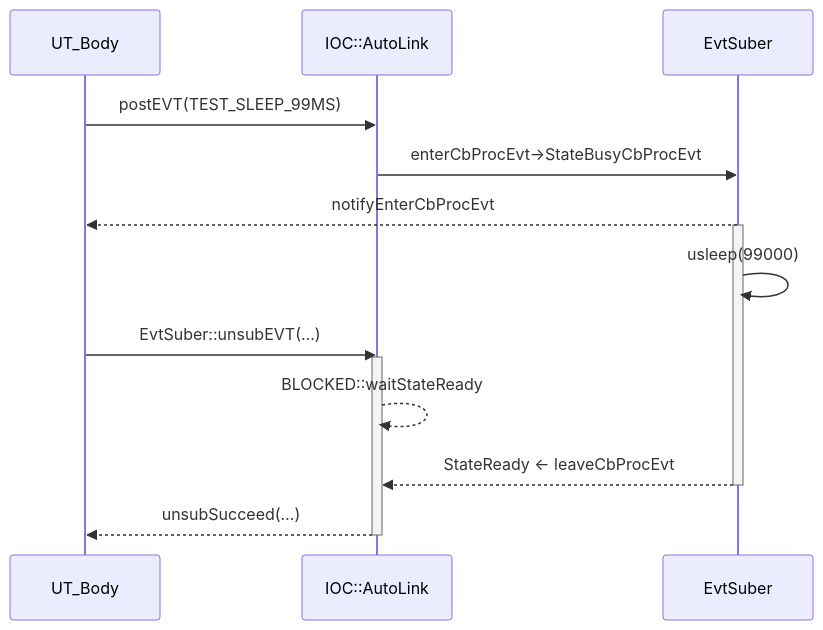
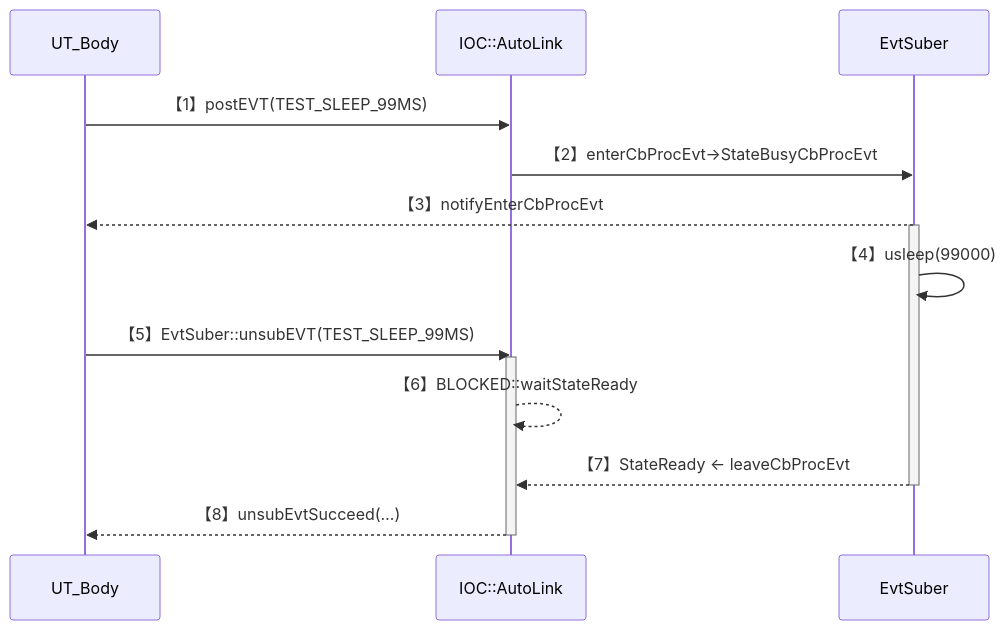
One commit to EnigmaWU/MyIOC_inTDD_withGHC changed the first of 2 diagrams in Test/UT_ConlesEventState.md. Above: the diagram before and after it, drawn with Mermaid. The commit also changed other lines of this file and 2 other files, not shown here.

Commit message:
Refactoring UT_ConlesEventState

````diff
--- a/Test/UT_ConlesEventState.md
+++ b/Test/UT_ConlesEventState.md
@@ -10,24 +10,24 @@
 ```mermaid
 sequenceDiagram
     participant UTB as UT_Body
     participant IOC as IOC::AutoLink
     participant EvtSuber
 
-    UTB->>IOC: postEVT(TEST_SLEEP_99MS)
-    IOC->>EvtSuber: enterCbProcEvt->StateBusyCbProcEvt
+    UTB->>IOC: 【1】postEVT(TEST_SLEEP_99MS)
+    IOC->>EvtSuber: 【2】enterCbProcEvt->StateBusyCbProcEvt
 
-    EvtSuber -->> UTB: notifyEnterCbProcEvt
+    EvtSuber -->> UTB: 【3】notifyEnterCbProcEvt
 
     activate EvtSuber
-    EvtSuber->>EvtSuber: usleep(99000)
+    EvtSuber->>EvtSuber: 【4】usleep(99000)
 
-    UTB ->> IOC: EvtSuber::unsubEVT(…)
+    UTB ->> IOC: 【5】EvtSuber::unsubEVT(TEST_SLEEP_99MS)
     activate IOC
-    IOC -->> IOC: BLOCKED::waitStateReady
+    IOC -->> IOC: 【6】BLOCKED::waitStateReady
 
-    EvtSuber -->> IOC: StateReady <- leaveCbProcEvt
+    EvtSuber -->> IOC: 【7】StateReady <- leaveCbProcEvt
     deactivate EvtSuber
 
-    IOC -->> UTB: unsubSucceed(…)
+    IOC -->> UTB: 【8】unsubEvtSucceed(…)
     deactivate IOC
 ```
````
